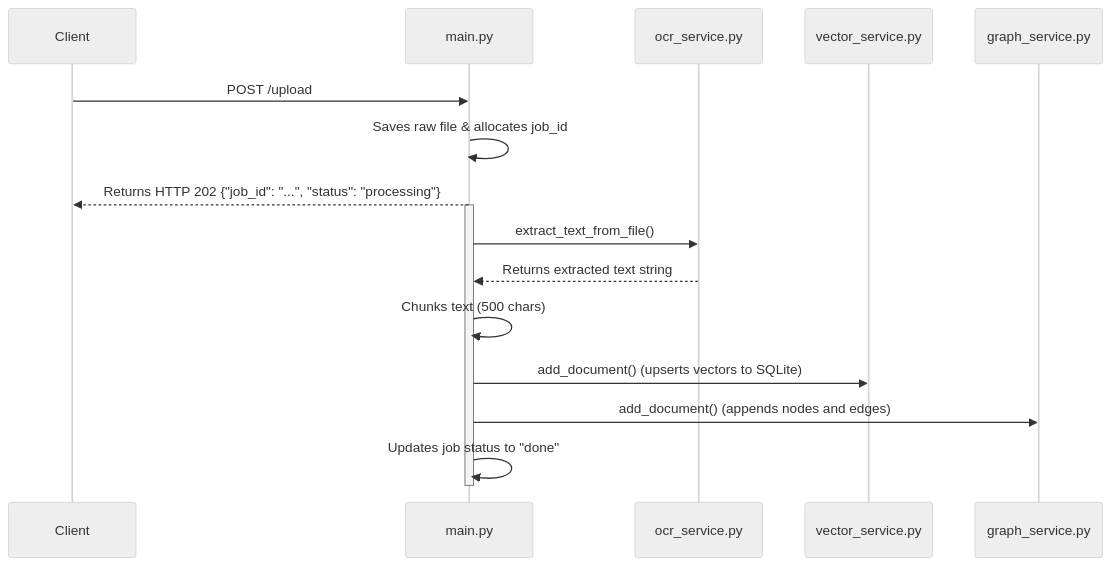
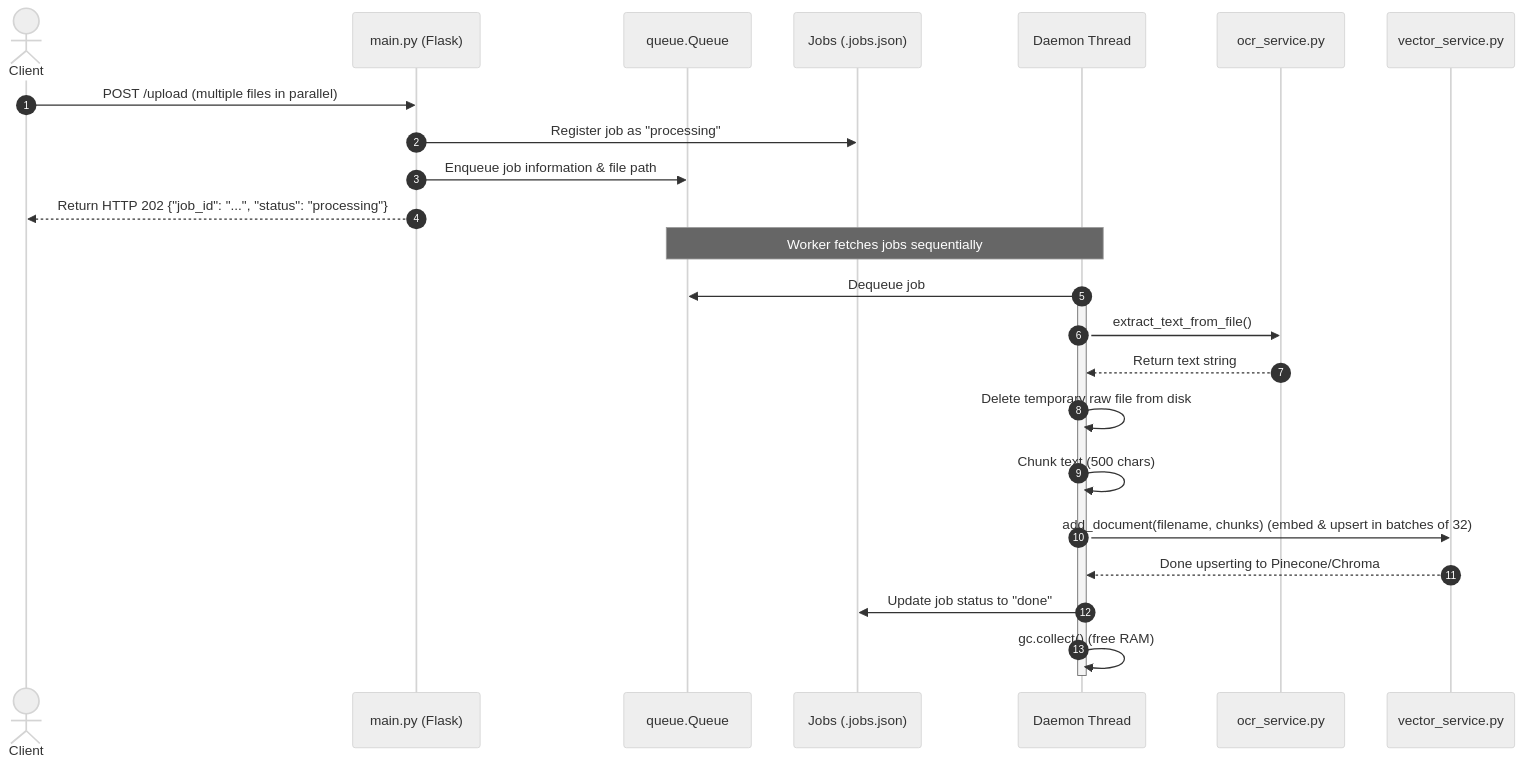
Before and after one commit to sakshamsaxena22/Semantic-Search-System: the second of 3 diagrams in docs/documentation.md, drawn with Mermaid (neutral theme). The commit also changed other lines of this file and 3 other files, not shown here.

````diff
--- a/docs/documentation.md
+++ b/docs/documentation.md
@@ -160,15 +161,29 @@
 ```mermaid
 sequenceDiagram
-    Client->>main.py: POST /upload
-    main.py->>main.py: Saves raw file & allocates job_id
-    main.py-->>Client: Returns HTTP 202 {"job_id": "...", "status": "processing"}
+    autonumber
+    actor Client
+    participant Flask as main.py (Flask)
+    participant Queue as queue.Queue
+    participant Disk as Jobs (.jobs.json)
+    participant Worker as Daemon Thread
+    participant OCR as ocr_service.py
+    participant Vector as vector_service.py
+
+    Client->>Flask: POST /upload (multiple files in parallel)
+    Flask->>Disk: Register job as "processing"
+    Flask->>Queue: Enqueue job information & file path
+    Flask-->>Client: Return HTTP 202 {"job_id": "...", "status": "processing"}
     
-    activate main.py
-    main.py->>ocr_service.py: extract_text_from_file()
-    ocr_service.py-->>main.py: Returns extracted text string
-    main.py->>main.py: Chunks text (500 chars)
-    main.py->>vector_service.py: add_document() (upserts vectors to SQLite)
-    main.py->>graph_service.py: add_document() (appends nodes and edges)
-    main.py->>main.py: Updates job status to "done"
-    deactivate main.py
+    Note over Worker, Queue: Worker fetches jobs sequentially
+    Worker->>Queue: Dequeue job
+    activate Worker
+    Worker->>OCR: extract_text_from_file()
+    OCR-->>Worker: Return text string
+    Worker->>Worker: Delete temporary raw file from disk
+    Worker->>Worker: Chunk text (500 chars)
+    Worker->>Vector: add_document(filename, chunks) (embed & upsert in batches of 32)
+    Vector-->>Worker: Done upserting to Pinecone/Chroma
+    Worker->>Disk: Update job status to "done"
+    Worker->>Worker: gc.collect() (free RAM)
+    deactivate Worker
 ```
````
